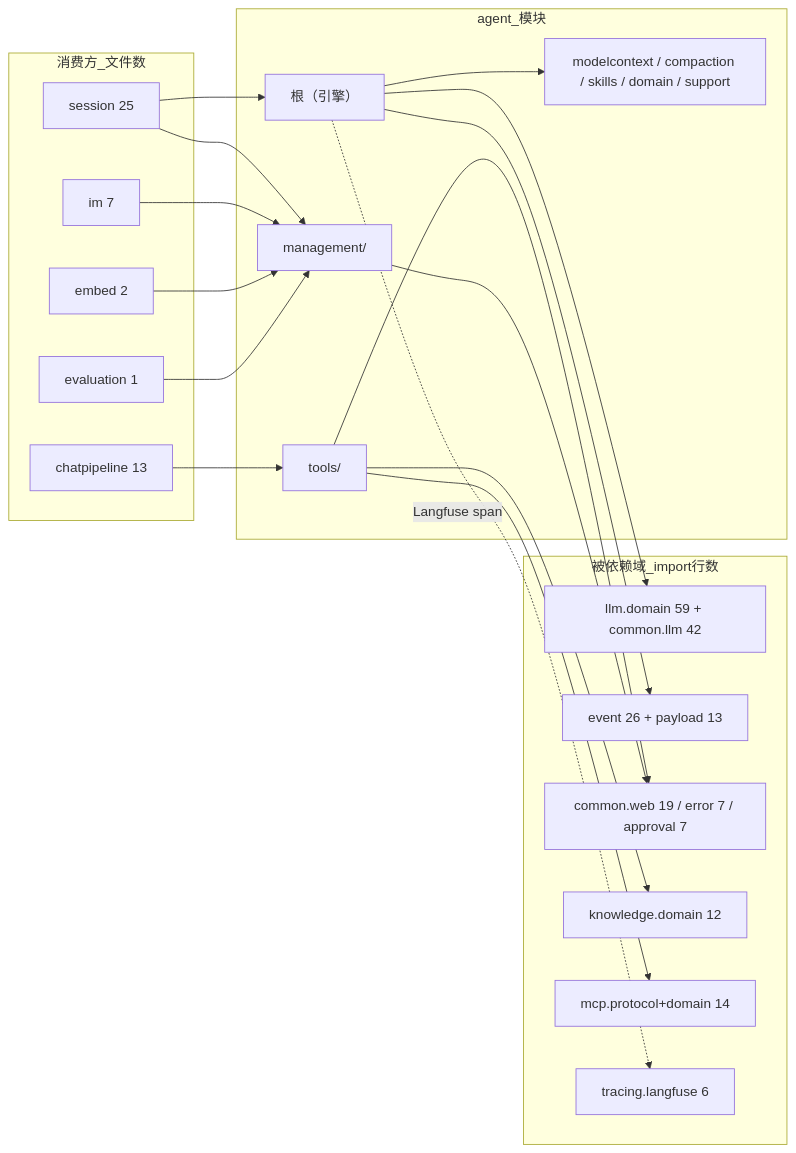
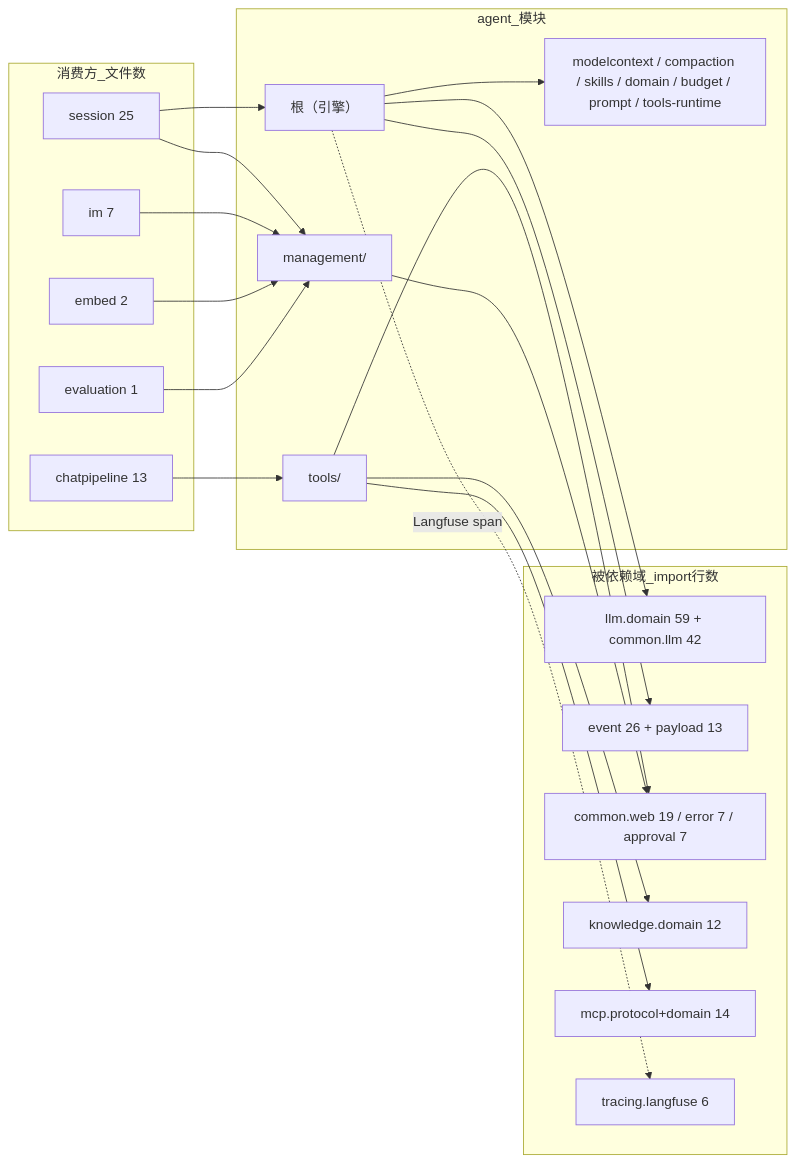
The second of 7 diagrams in docs/agent-module-guide.md (pmbilly/ragagent), drawn with Mermaid before and after one commit. The commit also changed other lines of this file and 2 other files, not shown here.

````diff
--- a/docs/agent-module-guide.md
+++ b/docs/agent-module-guide.md
@@ -108,36 +110,36 @@
 ```mermaid
 graph LR
     subgraph 消费方_文件数
         S["session 25"]
         CP["chatpipeline 13"]
         IM["im 7"]
         EM["embed 2"]
         EV2["evaluation 1"]
     end
 
     subgraph agent_模块
         ENG2["根（引擎）"]
         TL2["tools/"]
         MG2["management/"]
-        MC3["modelcontext / compaction / skills / domain / support"]
+        MC3["modelcontext / compaction / skills / domain / budget / prompt / tools-runtime"]
     end
 
     subgraph 被依赖域_import行数
         L2["llm.domain 59 + common.llm 42"]
         E3["event 26 + payload 13"]
         CA["common.web 19 / error 7 / approval 7"]
         K3["knowledge.domain 12"]
         M2["mcp.protocol+domain 14"]
         TR["tracing.langfuse 6"]
     end
 
     S --> ENG2 & MG2
     CP --> TL2
     IM --> MG2
     EM & EV2 --> MG2
     ENG2 --> MC3
     ENG2 --> L2 & E3
     TL2 --> K3 & M2 & CA
     MG2 --> CA
     ENG2 -. Langfuse span .-> TR
 ```
````
